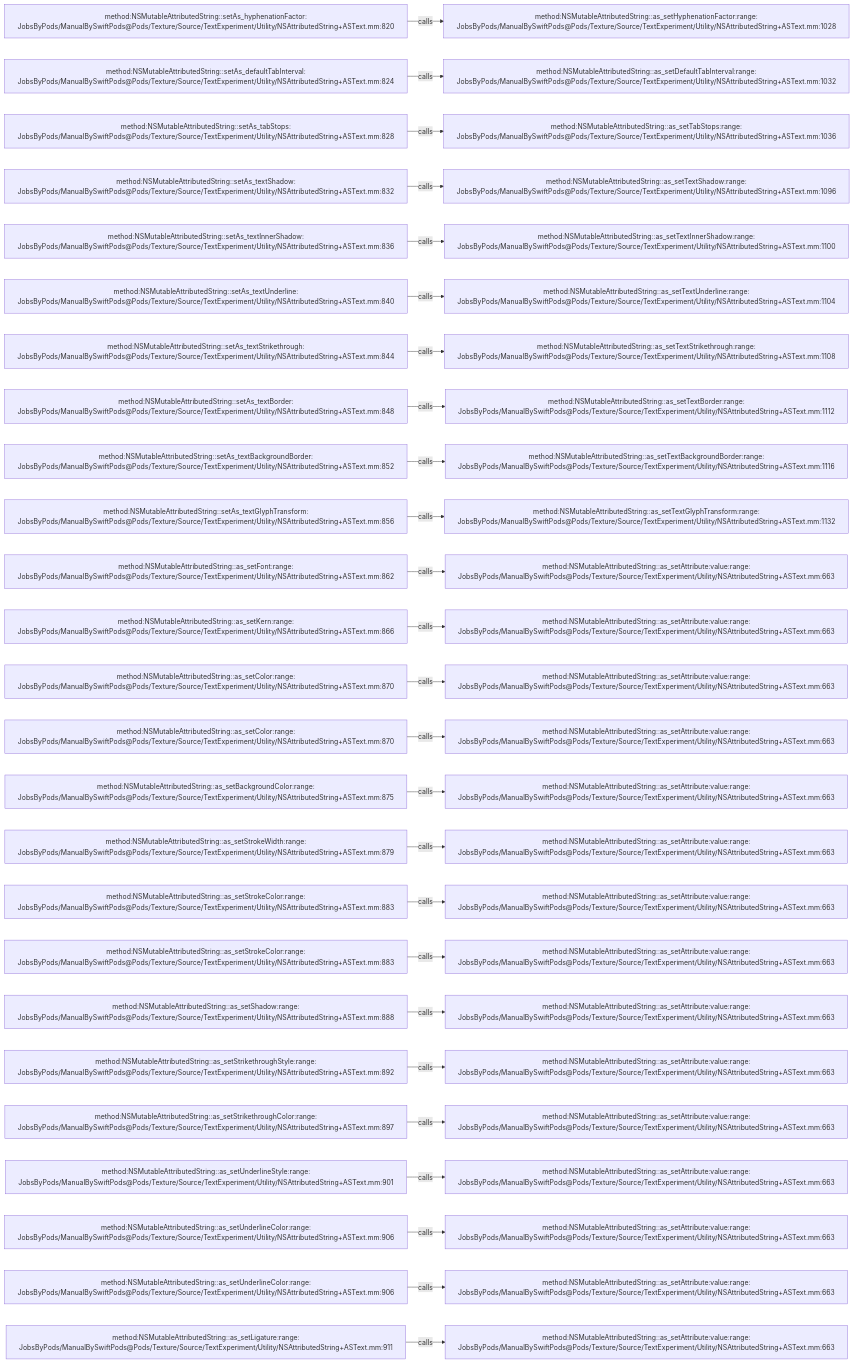
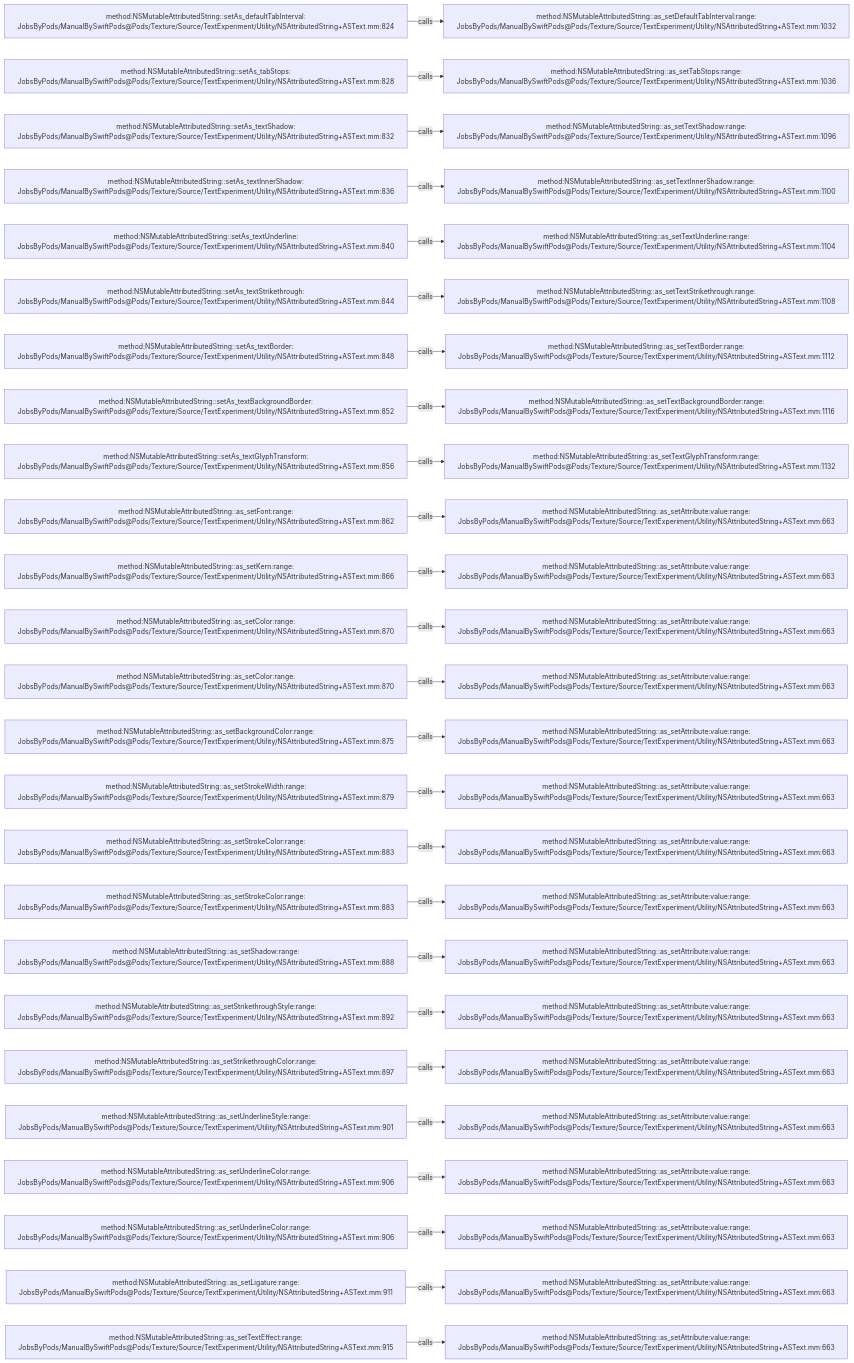
One commit to JobsKits/JobsSwiftBaseConfigDemo changed the diagram in .codegraph/codegraph.md/graphs/calls-145.md. Above: the diagram before and after it, drawn with Mermaid. The commit also changed 747 other files, not shown here.

````diff
--- a/.codegraph/codegraph.md/graphs/calls-145.md
+++ b/.codegraph/codegraph.md/graphs/calls-145.md
@@ -13,78 +13,78 @@
 ```mermaid
 flowchart LR
-  S1["method:NSMutableAttributedString::setAs_hyphenationFactor:<br/>JobsByPods/ManualBySwiftPods@Pods/Texture/Source/TextExperiment/Utility/NSAttributedString+ASText.mm:820"]
-  T1["method:NSMutableAttributedString::as_setHyphenationFactor:range:<br/>JobsByPods/ManualBySwiftPods@Pods/Texture/Source/TextExperiment/Utility/NSAttributedString+ASText.mm:1028"]
+  S1["method:NSMutableAttributedString::setAs_defaultTabInterval:<br/>JobsByPods/ManualBySwiftPods@Pods/Texture/Source/TextExperiment/Utility/NSAttributedString+ASText.mm:824"]
+  T1["method:NSMutableAttributedString::as_setDefaultTabInterval:range:<br/>JobsByPods/ManualBySwiftPods@Pods/Texture/Source/TextExperiment/Utility/NSAttributedString+ASText.mm:1032"]
   S1 -->|calls| T1
-  S2["method:NSMutableAttributedString::setAs_defaultTabInterval:<br/>JobsByPods/ManualBySwiftPods@Pods/Texture/Source/TextExperiment/Utility/NSAttributedString+ASText.mm:824"]
-  T2["method:NSMutableAttributedString::as_setDefaultTabInterval:range:<br/>JobsByPods/ManualBySwiftPods@Pods/Texture/Source/TextExperiment/Utility/NSAttributedString+ASText.mm:1032"]
+  S2["method:NSMutableAttributedString::setAs_tabStops:<br/>JobsByPods/ManualBySwiftPods@Pods/Texture/Source/TextExperiment/Utility/NSAttributedString+ASText.mm:828"]
+  T2["method:NSMutableAttributedString::as_setTabStops:range:<br/>JobsByPods/ManualBySwiftPods@Pods/Texture/Source/TextExperiment/Utility/NSAttributedString+ASText.mm:1036"]
   S2 -->|calls| T2
-  S3["method:NSMutableAttributedString::setAs_tabStops:<br/>JobsByPods/ManualBySwiftPods@Pods/Texture/Source/TextExperiment/Utility/NSAttributedString+ASText.mm:828"]
-  T3["method:NSMutableAttributedString::as_setTabStops:range:<br/>JobsByPods/ManualBySwiftPods@Pods/Texture/Source/TextExperiment/Utility/NSAttributedString+ASText.mm:1036"]
+  S3["method:NSMutableAttributedString::setAs_textShadow:<br/>JobsByPods/ManualBySwiftPods@Pods/Texture/Source/TextExperiment/Utility/NSAttributedString+ASText.mm:832"]
+  T3["method:NSMutableAttributedString::as_setTextShadow:range:<br/>JobsByPods/ManualBySwiftPods@Pods/Texture/Source/TextExperiment/Utility/NSAttributedString+ASText.mm:1096"]
   S3 -->|calls| T3
-  S4["method:NSMutableAttributedString::setAs_textShadow:<br/>JobsByPods/ManualBySwiftPods@Pods/Texture/Source/TextExperiment/Utility/NSAttributedString+ASText.mm:832"]
-  T4["method:NSMutableAttributedString::as_setTextShadow:range:<br/>JobsByPods/ManualBySwiftPods@Pods/Texture/Source/TextExperiment/Utility/NSAttributedString+ASText.mm:1096"]
+  S4["method:NSMutableAttributedString::setAs_textInnerShadow:<br/>JobsByPods/ManualBySwiftPods@Pods/Texture/Source/TextExperiment/Utility/NSAttributedString+ASText.mm:836"]
+  T4["method:NSMutableAttributedString::as_setTextInnerShadow:range:<br/>JobsByPods/ManualBySwiftPods@Pods/Texture/Source/TextExperiment/Utility/NSAttributedString+ASText.mm:1100"]
   S4 -->|calls| T4
-  S5["method:NSMutableAttributedString::setAs_textInnerShadow:<br/>JobsByPods/ManualBySwiftPods@Pods/Texture/Source/TextExperiment/Utility/NSAttributedString+ASText.mm:836"]
-  T5["method:NSMutableAttributedString::as_setTextInnerShadow:range:<br/>JobsByPods/ManualBySwiftPods@Pods/Texture/Source/TextExperiment/Utility/NSAttributedString+ASText.mm:1100"]
+  S5["method:NSMutableAttributedString::setAs_textUnderline:<br/>JobsByPods/ManualBySwiftPods@Pods/Texture/Source/TextExperiment/Utility/NSAttributedString+ASText.mm:840"]
+  T5["method:NSMutableAttributedString::as_setTextUnderline:range:<br/>JobsByPods/ManualBySwiftPods@Pods/Texture/Source/TextExperiment/Utility/NSAttributedString+ASText.mm:1104"]
   S5 -->|calls| T5
-  S6["method:NSMutableAttributedString::setAs_textUnderline:<br/>JobsByPods/ManualBySwiftPods@Pods/Texture/Source/TextExperiment/Utility/NSAttributedString+ASText.mm:840"]
-  T6["method:NSMutableAttributedString::as_setTextUnderline:range:<br/>JobsByPods/ManualBySwiftPods@Pods/Texture/Source/TextExperiment/Utility/NSAttributedString+ASText.mm:1104"]
+  S6["method:NSMutableAttributedString::setAs_textStrikethrough:<br/>JobsByPods/ManualBySwiftPods@Pods/Texture/Source/TextExperiment/Utility/NSAttributedString+ASText.mm:844"]
+  T6["method:NSMutableAttributedString::as_setTextStrikethrough:range:<br/>JobsByPods/ManualBySwiftPods@Pods/Texture/Source/TextExperiment/Utility/NSAttributedString+ASText.mm:1108"]
   S6 -->|calls| T6
-  S7["method:NSMutableAttributedString::setAs_textStrikethrough:<br/>JobsByPods/ManualBySwiftPods@Pods/Texture/Source/TextExperiment/Utility/NSAttributedString+ASText.mm:844"]
-  T7["method:NSMutableAttributedString::as_setTextStrikethrough:range:<br/>JobsByPods/ManualBySwiftPods@Pods/Texture/Source/TextExperiment/Utility/NSAttributedString+ASText.mm:1108"]
+  S7["method:NSMutableAttributedString::setAs_textBorder:<br/>JobsByPods/ManualBySwiftPods@Pods/Texture/Source/TextExperiment/Utility/NSAttributedString+ASText.mm:848"]
+  T7["method:NSMutableAttributedString::as_setTextBorder:range:<br/>JobsByPods/ManualBySwiftPods@Pods/Texture/Source/TextExperiment/Utility/NSAttributedString+ASText.mm:1112"]
   S7 -->|calls| T7
-  S8["method:NSMutableAttributedString::setAs_textBorder:<br/>JobsByPods/ManualBySwiftPods@Pods/Texture/Source/TextExperiment/Utility/NSAttributedString+ASText.mm:848"]
-  T8["method:NSMutableAttributedString::as_setTextBorder:range:<br/>JobsByPods/ManualBySwiftPods@Pods/Texture/Source/TextExperiment/Utility/NSAttributedString+ASText.mm:1112"]
+  S8["method:NSMutableAttributedString::setAs_textBackgroundBorder:<br/>JobsByPods/ManualBySwiftPods@Pods/Texture/Source/TextExperiment/Utility/NSAttributedString+ASText.mm:852"]
+  T8["method:NSMutableAttributedString::as_setTextBackgroundBorder:range:<br/>JobsByPods/ManualBySwiftPods@Pods/Texture/Source/TextExperiment/Utility/NSAttributedString+ASText.mm:1116"]
   S8 -->|calls| T8
-  S9["method:NSMutableAttributedString::setAs_textBackgroundBorder:<br/>JobsByPods/ManualBySwiftPods@Pods/Texture/Source/TextExperiment/Utility/NSAttributedString+ASText.mm:852"]
-  T9["method:NSMutableAttributedString::as_setTextBackgroundBorder:range:<br/>JobsByPods/ManualBySwiftPods@Pods/Texture/Source/TextExperiment/Utility/NSAttributedString+ASText.mm:1116"]
+  S9["method:NSMutableAttributedString::setAs_textGlyphTransform:<br/>JobsByPods/ManualBySwiftPods@Pods/Texture/Source/TextExperiment/Utility/NSAttributedString+ASText.mm:856"]
+  T9["method:NSMutableAttributedString::as_setTextGlyphTransform:range:<br/>JobsByPods/ManualBySwiftPods@Pods/Texture/Source/TextExperiment/Utility/NSAttributedString+ASText.mm:1132"]
   S9 -->|calls| T9
-  S10["method:NSMutableAttributedString::setAs_textGlyphTransform:<br/>JobsByPods/ManualBySwiftPods@Pods/Texture/Source/TextExperiment/Utility/NSAttributedString+ASText.mm:856"]
-  T10["method:NSMutableAttributedString::as_setTextGlyphTransform:range:<br/>JobsByPods/ManualBySwiftPods@Pods/Texture/Source/TextExperiment/Utility/NSAttributedString+ASText.mm:1132"]
+  S10["method:NSMutableAttributedString::as_setFont:range:<br/>JobsByPods/ManualBySwiftPods@Pods/Texture/Source/TextExperiment/Utility/NSAttributedString+ASText.mm:862"]
+  T10["method:NSMutableAttributedString::as_setAttribute:value:range:<br/>JobsByPods/ManualBySwiftPods@Pods/Texture/Source/TextExperiment/Utility/NSAttributedString+ASText.mm:663"]
   S10 -->|calls| T10
-  S11["method:NSMutableAttributedString::as_setFont:range:<br/>JobsByPods/ManualBySwiftPods@Pods/Texture/Source/TextExperiment/Utility/NSAttributedString+ASText.mm:862"]
+  S11["method:NSMutableAttributedString::as_setKern:range:<br/>JobsByPods/ManualBySwiftPods@Pods/Texture/Source/TextExperiment/Utility/NSAttributedString+ASText.mm:866"]
   T11["method:NSMutableAttributedString::as_setAttribute:value:range:<br/>JobsByPods/ManualBySwiftPods@Pods/Texture/Source/TextExperiment/Utility/NSAttributedString+ASText.mm:663"]
   S11 -->|calls| T11
-  S12["method:NSMutableAttributedString::as_setKern:range:<br/>JobsByPods/ManualBySwiftPods@Pods/Texture/Source/TextExperiment/Utility/NSAttributedString+ASText.mm:866"]
+  S12["method:NSMutableAttributedString::as_setColor:range:<br/>JobsByPods/ManualBySwiftPods@Pods/Texture/Source/TextExperiment/Utility/NSAttributedString+ASText.mm:870"]
   T12["method:NSMutableAttributedString::as_setAttribute:value:range:<br/>JobsByPods/ManualBySwiftPods@Pods/Texture/Source/TextExperiment/Utility/NSAttributedString+ASText.mm:663"]
   S12 -->|calls| T12
   S13["method:NSMutableAttributedString::as_setColor:range:<br/>JobsByPods/ManualBySwiftPods@Pods/Texture/Source/TextExperiment/Utility/NSAttributedString+ASText.mm:870"]
   T13["method:NSMutableAttributedString::as_setAttribute:value:range:<br/>JobsByPods/ManualBySwiftPods@Pods/Texture/Source/TextExperiment/Utility/NSAttributedString+ASText.mm:663"]
   S13 -->|calls| T13
-  S14["method:NSMutableAttributedString::as_setColor:range:<br/>JobsByPods/ManualBySwiftPods@Pods/Texture/Source/TextExperiment/Utility/NSAttributedString+ASText.mm:870"]
+  S14["method:NSMutableAttributedString::as_setBackgroundColor:range:<br/>JobsByPods/ManualBySwiftPods@Pods/Texture/Source/TextExperiment/Utility/NSAttributedString+ASText.mm:875"]
   T14["method:NSMutableAttributedString::as_setAttribute:value:range:<br/>JobsByPods/ManualBySwiftPods@Pods/Texture/Source/TextExperiment/Utility/NSAttributedString+ASText.mm:663"]
   S14 -->|calls| T14
-  S15["method:NSMutableAttributedString::as_setBackgroundColor:range:<br/>JobsByPods/ManualBySwiftPods@Pods/Texture/Source/TextExperiment/Utility/NSAttributedString+ASText.mm:875"]
+  S15["method:NSMutableAttributedString::as_setStrokeWidth:range:<br/>JobsByPods/ManualBySwiftPods@Pods/Texture/Source/TextExperiment/Utility/NSAttributedString+ASText.mm:879"]
   T15["method:NSMutableAttributedString::as_setAttribute:value:range:<br/>JobsByPods/ManualBySwiftPods@Pods/Texture/Source/TextExperiment/Utility/NSAttributedString+ASText.mm:663"]
   S15 -->|calls| T15
-  S16["method:NSMutableAttributedString::as_setStrokeWidth:range:<br/>JobsByPods/ManualBySwiftPods@Pods/Texture/Source/TextExperiment/Utility/NSAttributedString+ASText.mm:879"]
+  S16["method:NSMutableAttributedString::as_setStrokeColor:range:<br/>JobsByPods/ManualBySwiftPods@Pods/Texture/Source/TextExperiment/Utility/NSAttributedString+ASText.mm:883"]
   T16["method:NSMutableAttributedString::as_setAttribute:value:range:<br/>JobsByPods/ManualBySwiftPods@Pods/Texture/Source/TextExperiment/Utility/NSAttributedString+ASText.mm:663"]
   S16 -->|calls| T16
   S17["method:NSMutableAttributedString::as_setStrokeColor:range:<br/>JobsByPods/ManualBySwiftPods@Pods/Texture/Source/TextExperiment/Utility/NSAttributedString+ASText.mm:883"]
   T17["method:NSMutableAttributedString::as_setAttribute:value:range:<br/>JobsByPods/ManualBySwiftPods@Pods/Texture/Source/TextExperiment/Utility/NSAttributedString+ASText.mm:663"]
   S17 -->|calls| T17
-  S18["method:NSMutableAttributedString::as_setStrokeColor:range:<br/>JobsByPods/ManualBySwiftPods@Pods/Texture/Source/TextExperiment/Utility/NSAttributedString+ASText.mm:883"]
+  S18["method:NSMutableAttributedString::as_setShadow:range:<br/>JobsByPods/ManualBySwiftPods@Pods/Texture/Source/TextExperiment/Utility/NSAttributedString+ASText.mm:888"]
   T18["method:NSMutableAttributedString::as_setAttribute:value:range:<br/>JobsByPods/ManualBySwiftPods@Pods/Texture/Source/TextExperiment/Utility/NSAttributedString+ASText.mm:663"]
   S18 -->|calls| T18
-  S19["method:NSMutableAttributedString::as_setShadow:range:<br/>JobsByPods/ManualBySwiftPods@Pods/Texture/Source/TextExperiment/Utility/NSAttributedString+ASText.mm:888"]
+  S19["method:NSMutableAttributedString::as_setStrikethroughStyle:range:<br/>JobsByPods/ManualBySwiftPods@Pods/Texture/Source/TextExperiment/Utility/NSAttributedString+ASText.mm:892"]
   T19["method:NSMutableAttributedString::as_setAttribute:value:range:<br/>JobsByPods/ManualBySwiftPods@Pods/Texture/Source/TextExperiment/Utility/NSAttributedString+ASText.mm:663"]
   S19 -->|calls| T19
-  S20["method:NSMutableAttributedString::as_setStrikethroughStyle:range:<br/>JobsByPods/ManualBySwiftPods@Pods/Texture/Source/TextExperiment/Utility/NSAttributedString+ASText.mm:892"]
+  S20["method:NSMutableAttributedString::as_setStrikethroughColor:range:<br/>JobsByPods/ManualBySwiftPods@Pods/Texture/Source/TextExperiment/Utility/NSAttributedString+ASText.mm:897"]
   T20["method:NSMutableAttributedString::as_setAttribute:value:range:<br/>JobsByPods/ManualBySwiftPods@Pods/Texture/Source/TextExperiment/Utility/NSAttributedString+ASText.mm:663"]
   S20 -->|calls| T20
-  S21["method:NSMutableAttributedString::as_setStrikethroughColor:range:<br/>JobsByPods/ManualBySwiftPods@Pods/Texture/Source/TextExperiment/Utility/NSAttributedString+ASText.mm:897"]
+  S21["method:NSMutableAttributedString::as_setUnderlineStyle:range:<br/>JobsByPods/ManualBySwiftPods@Pods/Texture/Source/TextExperiment/Utility/NSAttributedString+ASText.mm:901"]
   T21["method:NSMutableAttributedString::as_setAttribute:value:range:<br/>JobsByPods/ManualBySwiftPods@Pods/Texture/Source/TextExperiment/Utility/NSAttributedString+ASText.mm:663"]
   S21 -->|calls| T21
-  S22["method:NSMutableAttributedString::as_setUnderlineStyle:range:<br/>JobsByPods/ManualBySwiftPods@Pods/Texture/Source/TextExperiment/Utility/NSAttributedString+ASText.mm:901"]
+  S22["method:NSMutableAttributedString::as_setUnderlineColor:range:<br/>JobsByPods/ManualBySwiftPods@Pods/Texture/Source/TextExperiment/Utility/NSAttributedString+ASText.mm:906"]
   T22["method:NSMutableAttributedString::as_setAttribute:value:range:<br/>JobsByPods/ManualBySwiftPods@Pods/Texture/Source/TextExperiment/Utility/NSAttributedString+ASText.mm:663"]
   S22 -->|calls| T22
   S23["method:NSMutableAttributedString::as_setUnderlineColor:range:<br/>JobsByPods/ManualBySwiftPods@Pods/Texture/Source/TextExperiment/Utility/NSAttributedString+ASText.mm:906"]
   T23["method:NSMutableAttributedString::as_setAttribute:value:range:<br/>JobsByPods/ManualBySwiftPods@Pods/Texture/Source/TextExperiment/Utility/NSAttributedString+ASText.mm:663"]
   S23 -->|calls| T23
-  S24["method:NSMutableAttributedString::as_setUnderlineColor:range:<br/>JobsByPods/ManualBySwiftPods@Pods/Texture/Source/TextExperiment/Utility/NSAttributedString+ASText.mm:906"]
+  S24["method:NSMutableAttributedString::as_setLigature:range:<br/>JobsByPods/ManualBySwiftPods@Pods/Texture/Source/TextExperiment/Utility/NSAttributedString+ASText.mm:911"]
   T24["method:NSMutableAttributedString::as_setAttribute:value:range:<br/>JobsByPods/ManualBySwiftPods@Pods/Texture/Source/TextExperiment/Utility/NSAttributedString+ASText.mm:663"]
   S24 -->|calls| T24
-  S25["method:NSMutableAttributedString::as_setLigature:range:<br/>JobsByPods/ManualBySwiftPods@Pods/Texture/Source/TextExperiment/Utility/NSAttributedString+ASText.mm:911"]
+  S25["method:NSMutableAttributedString::as_setTextEffect:range:<br/>JobsByPods/ManualBySwiftPods@Pods/Texture/Source/TextExperiment/Utility/NSAttributedString+ASText.mm:915"]
   T25["method:NSMutableAttributedString::as_setAttribute:value:range:<br/>JobsByPods/ManualBySwiftPods@Pods/Texture/Source/TextExperiment/Utility/NSAttributedString+ASText.mm:663"]
   S25 -->|calls| T25
 ```
````
